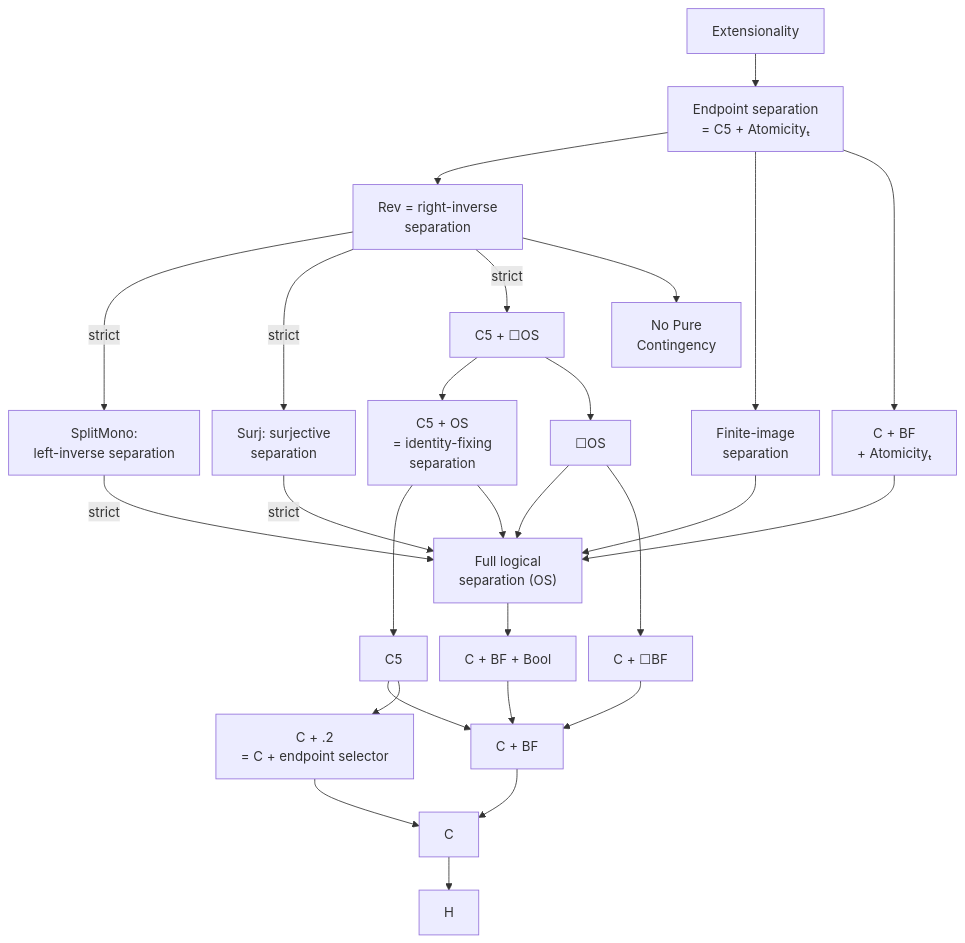
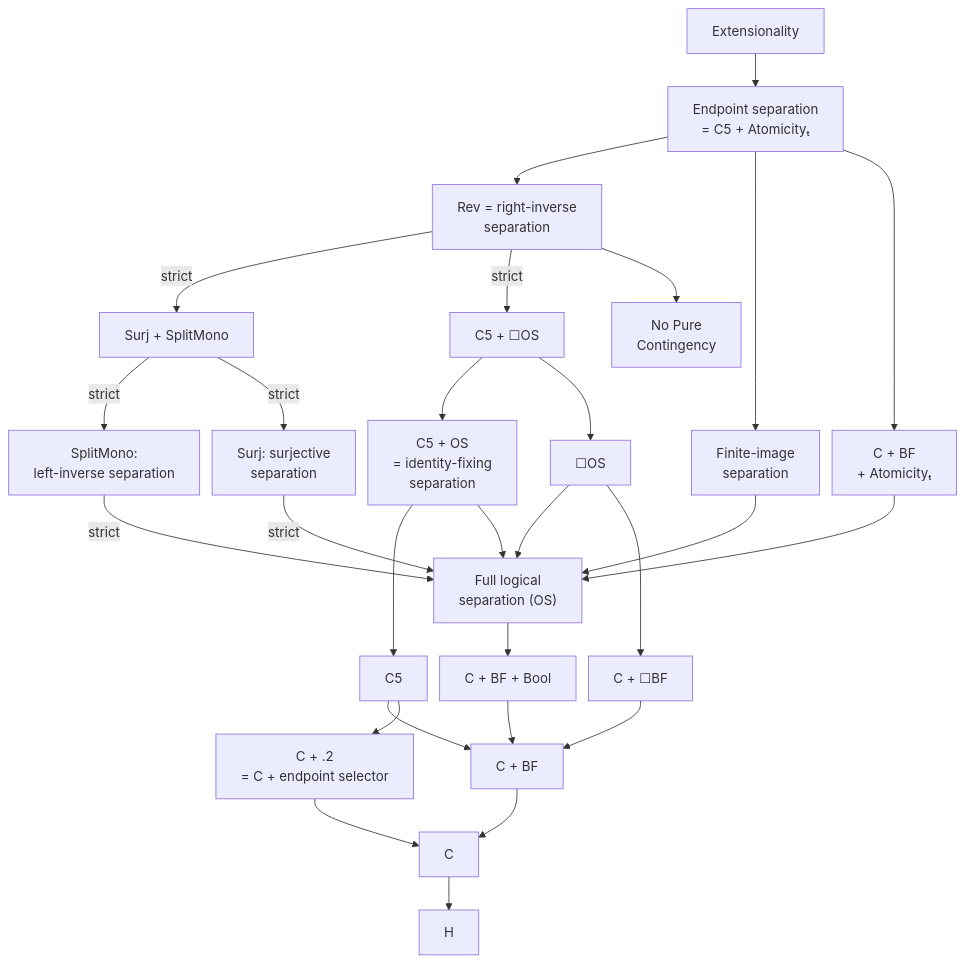
Diagram 25 of 34 in submissions/classicism-results-2026-10-23-v1/proofs/h-observer-space/GRAPH.md (dkodsi/Logical-Maps), drawn with Mermaid before and after one commit. The commit also changed other lines of this file and 24 other files, not shown here.

````diff
--- a/submissions/classicism-results-2026-10-23-v1/proofs/h-observer-space/GRAPH.md
+++ b/submissions/classicism-results-2026-10-23-v1/proofs/h-observer-space/GRAPH.md
@@ -354,30 +401,31 @@
 ```mermaid
 %%{init: {"flowchart": {"nodeSpacing": 15, "rankSpacing": 40}}}%%
 flowchart TD
     Ext["Extensionality"] --> End["Endpoint separation<br/>= C5 + Atomicityₜ"]
     End --> Rev["Rev = right-inverse<br/>separation"]
-    Rev -->|strict| Mono["SplitMono:<br/>left-inverse separation"]
+    Rev -->|strict| Both["Surj + SplitMono"]
+    Both -->|strict| Mono["SplitMono:<br/>left-inverse separation"]
     Mono -->|strict| OS["Full logical<br/>separation (OS)"]
-    Rev -->|strict| Surj["Surj: surjective<br/>separation"]
+    Both -->|strict| Surj["Surj: surjective<br/>separation"]
     Surj -->|strict| OS
     End --> Fin["Finite-image<br/>separation"]
     End --> At["C + BF<br/>+ Atomicityₜ"]
     Rev -->|strict| CN["C5 + ☐OS"]
     Rev --> NPC["No Pure<br/>Contingency"]
     CN --> Fix["C5 + OS<br/>= identity-fixing<br/>separation"]
     CN --> Nec["☐OS"]
     Fix --> C5["C5"]
     Fix --> OS
     Nec --> OS
     Nec --> NBF["C + ☐BF"]
     Fin --> OS
     At --> OS
     OS --> DB["C + BF + Bool"]
     DB --> D["C + BF"]
     NBF --> D
     C5 --> D
     C5 --> D2["C + .2<br/>= C + endpoint selector"]
     D --> C["C"]
     D2 --> C
     C --> H["H"]
 ```
````
